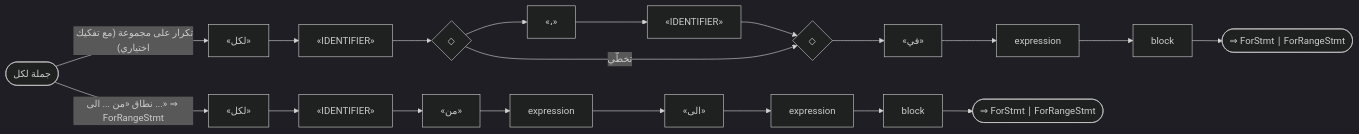
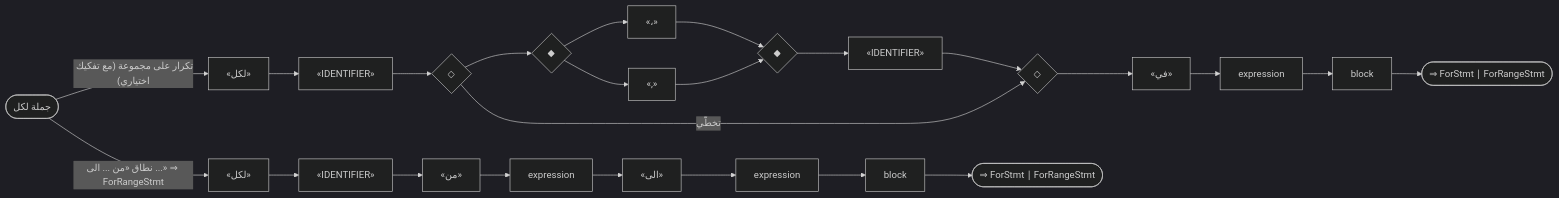
One commit to sadlang/sadlang changed the sixth of 22 diagrams in docs/parser_rule/_generated/10_statements.md. Above: the diagram before and after it, drawn with Mermaid (dark theme). The commit also changed other lines of this file and 103 other files, not shown here.

````diff
--- a/docs/parser_rule/_generated/10_statements.md
+++ b/docs/parser_rule/_generated/10_statements.md
@@ -232,41 +232,48 @@
 ```mermaid
 flowchart LR
   n1(["جملة لكل"])
   n2["«لكل»"]
   n3["«IDENTIFIER»"]
   n2 --> n3
   n4{"◇"}
   n5{"◇"}
-  n6["«،»"]
-  n7["«IDENTIFIER»"]
-  n6 --> n7
+  n6{"◆"}
+  n7{"◆"}
+  n8["«،»"]
+  n6 --> n8
+  n8 --> n7
+  n9["«,»"]
+  n6 --> n9
+  n9 --> n7
+  n10["«IDENTIFIER»"]
+  n7 --> n10
   n4 --> n6
-  n7 --> n5
+  n10 --> n5
   n4 -- "تخطّي" --> n5
   n3 --> n4
-  n8["«في»"]
-  n5 --> n8
-  n9["expression"]
-  n8 --> n9
-  n10["block"]
-  n9 --> n10
+  n11["«في»"]
+  n5 --> n11
+  n12["expression"]
+  n11 --> n12
+  n13["block"]
+  n12 --> n13
   n1 -- "تكرار على مجموعة (مع تفكيك اختياري)" --> n2
-  n11(["⇒ ForStmt ∣ ForRangeStmt"])
-  n10 --> n11
-  n12["«لكل»"]
-  n13["«IDENTIFIER»"]
-  n12 --> n13
-  n14["«من»"]
+  n14(["⇒ ForStmt ∣ ForRangeStmt"])
   n13 --> n14
-  n15["expression"]
-  n14 --> n15
-  n16["«الى»"]
+  n15["«لكل»"]
+  n16["«IDENTIFIER»"]
   n15 --> n16
-  n17["expression"]
+  n17["«من»"]
   n16 --> n17
-  n18["block"]
+  n18["expression"]
   n17 --> n18
-  n1 -- "نطاق «من ... الى ...» ⇒ ForRangeStmt" --> n12
-  n19(["⇒ ForStmt ∣ ForRangeStmt"])
+  n19["«الى»"]
   n18 --> n19
+  n20["expression"]
+  n19 --> n20
+  n21["block"]
+  n20 --> n21
+  n1 -- "نطاق «من ... الى ...» ⇒ ForRangeStmt" --> n15
+  n22(["⇒ ForStmt ∣ ForRangeStmt"])
+  n21 --> n22
 ```
````
